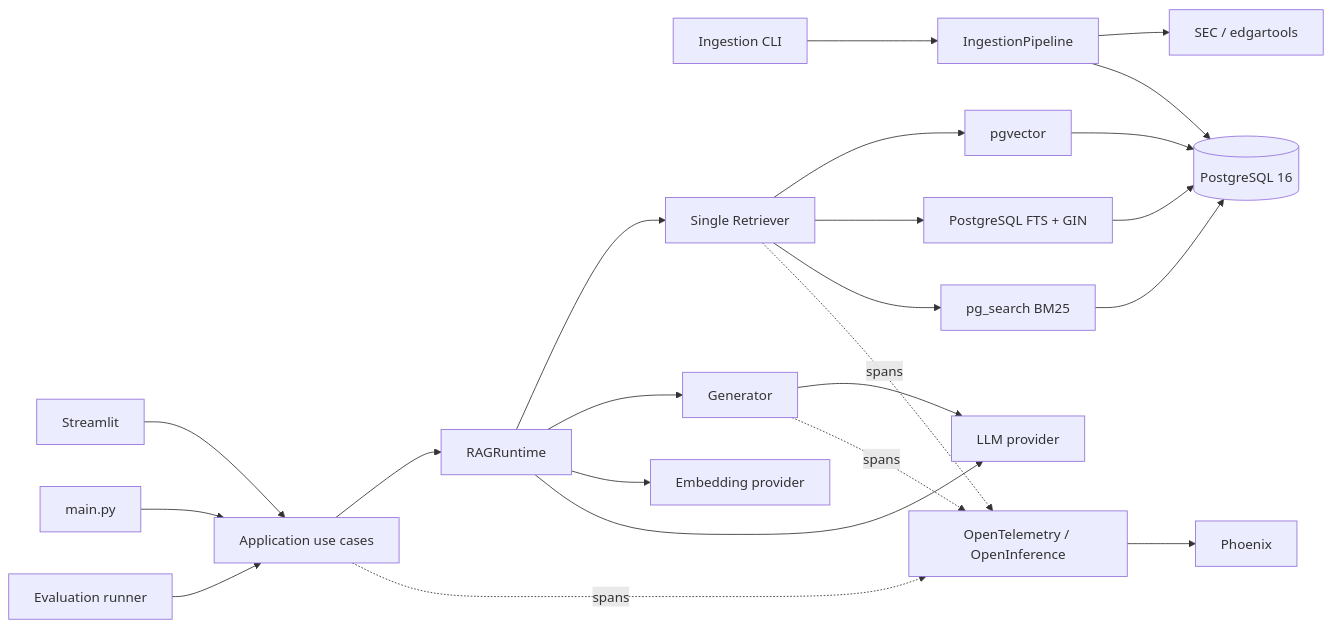
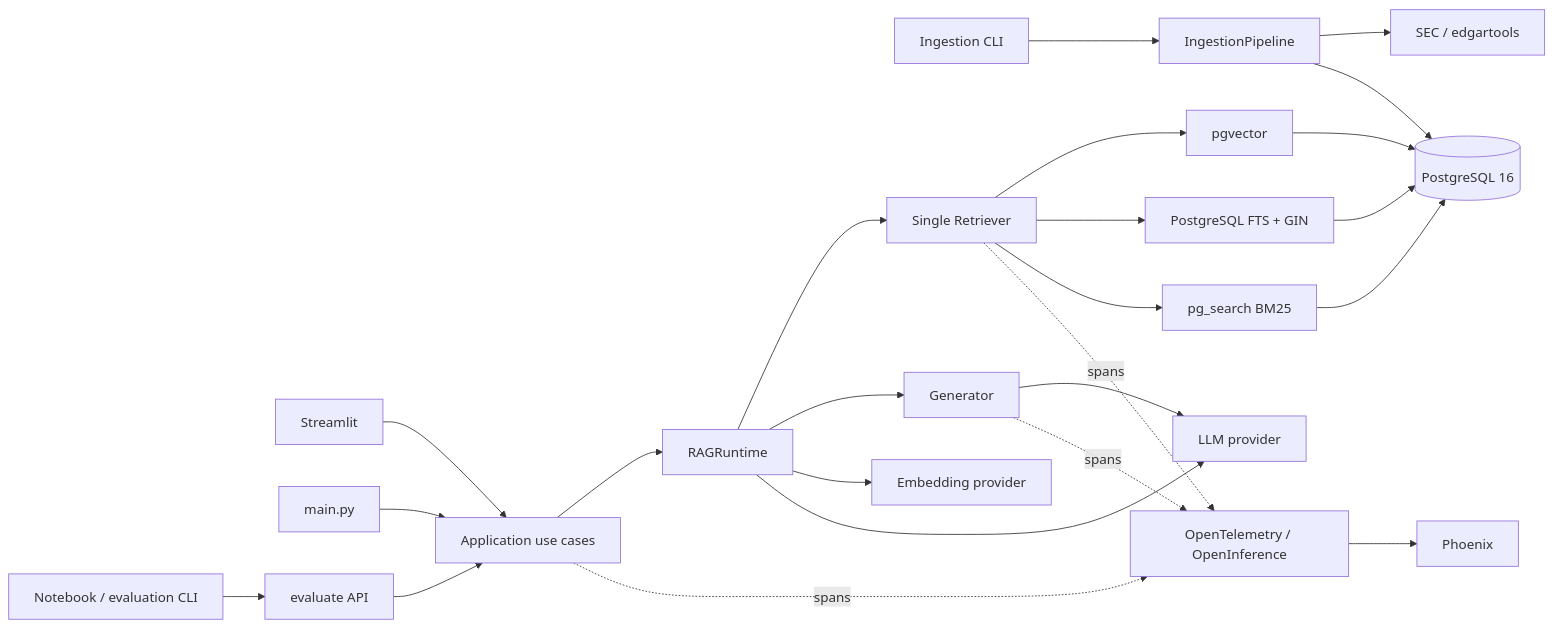
Before and after one commit to desire-del/finnexus: the first of 3 diagrams in FINNEXUS_CURRENT_ARCHITECTURE_AND_EVALUATION_CONTEXT.md, drawn with Mermaid. The commit also changed other lines of this file, not shown here.

Commit message:
docs: document notebook evaluation workflow

````diff
--- a/FINNEXUS_CURRENT_ARCHITECTURE_AND_EVALUATION_CONTEXT.md
+++ b/FINNEXUS_CURRENT_ARCHITECTURE_AND_EVALUATION_CONTEXT.md
@@ -82,28 +89,29 @@
 ```mermaid
 flowchart LR
     CLI[Ingestion CLI] --> ING[IngestionPipeline]
     UI[Streamlit] --> APP[Application use cases]
     MAIN[main.py] --> APP
-    EVAL[Evaluation runner] --> APP
+    EVAL[Notebook / evaluation CLI] --> EAPI[evaluate API]
+    EAPI --> APP
 
     APP --> RT[RAGRuntime]
     RT --> RET[Single Retriever]
     RT --> GEN[Generator]
     RT --> EP[Embedding provider]
     RT --> LP[LLM provider]
 
     ING --> EDGAR[SEC / edgartools]
     ING --> DB[(PostgreSQL 16)]
     RET --> VECTOR[pgvector]
     RET --> FTS[PostgreSQL FTS + GIN]
     RET --> BM25[pg_search BM25]
     VECTOR --> DB
     FTS --> DB
     BM25 --> DB
     GEN --> LP
 
     APP -. spans .-> OTEL[OpenTelemetry / OpenInference]
     RET -. spans .-> OTEL
     GEN -. spans .-> OTEL
     OTEL --> PHX[Phoenix]
 ```
````
